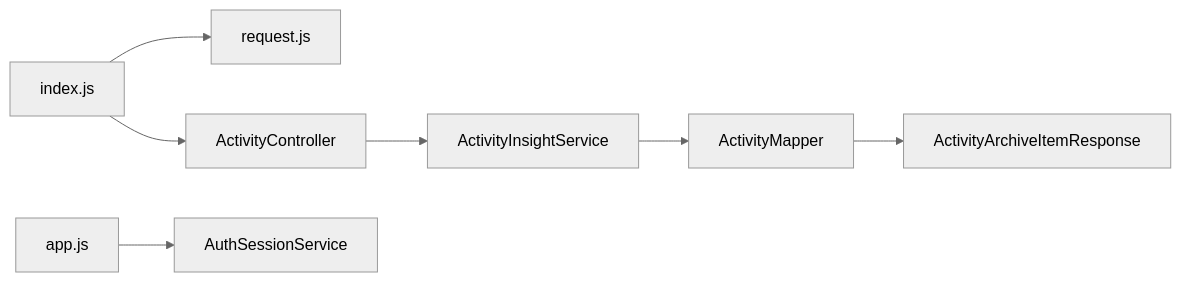
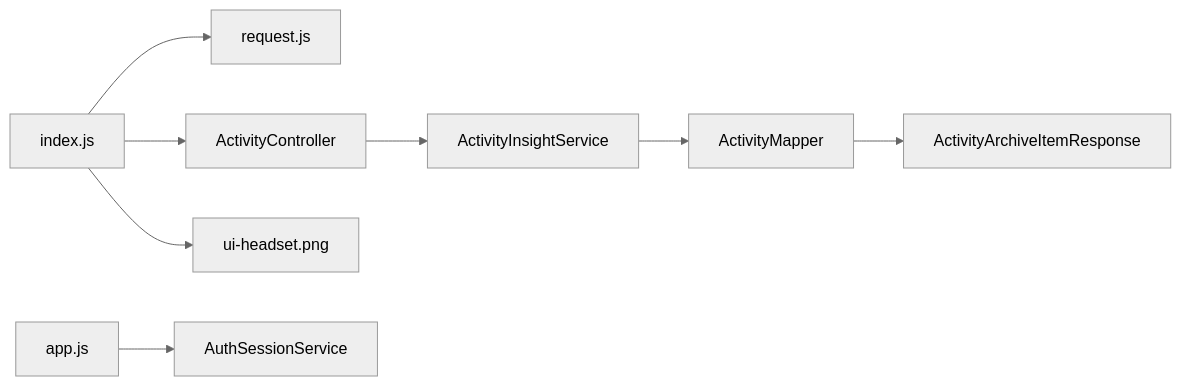
The sixth of 6 diagrams in .qoder/repowiki/zh/content/前端开发/页面组件开发/活动列表页面开发.md (cwxiao/zugeju), drawn with Mermaid (neutral theme) before and after one commit. The commit also changed other lines of this file and 39 other files, not shown here.

First line of the commit message:
前端优化：压缩UI装饰图至38KB + 精简各页面冗余文案

````diff
--- a/.qoder/repowiki/zh/content/前端开发/页面组件开发/活动列表页面开发.md
+++ b/.qoder/repowiki/zh/content/前端开发/页面组件开发/活动列表页面开发.md
@@ -332,9 +380,10 @@
 ```mermaid
 graph LR
 IndexJS["index.js"] --> RequestJS["request.js"]
 IndexJS --> ActivityController["ActivityController"]
+IndexJS --> HeadsetImage["ui-headset.png"]
 ActivityController --> ActivityInsightService["ActivityInsightService"]
 ActivityInsightService --> ActivityMapper["ActivityMapper"]
 ActivityMapper --> ActivityArchiveItemResponse["ActivityArchiveItemResponse"]
 AppJS["app.js"] --> AuthSessionService["AuthSessionService"]
 ```
````
